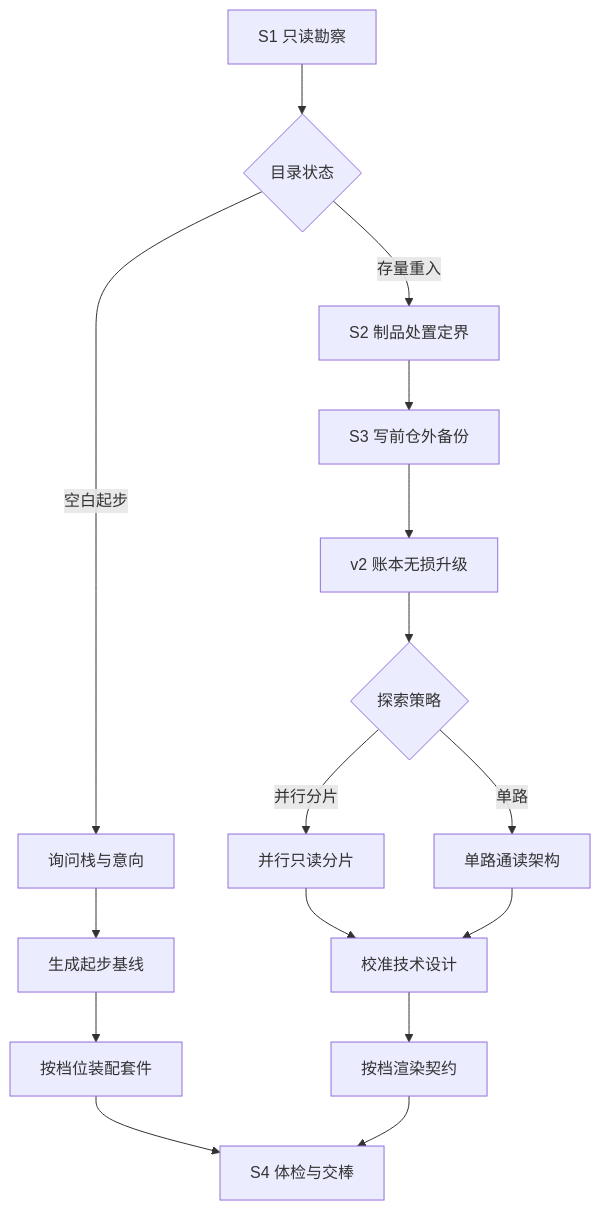
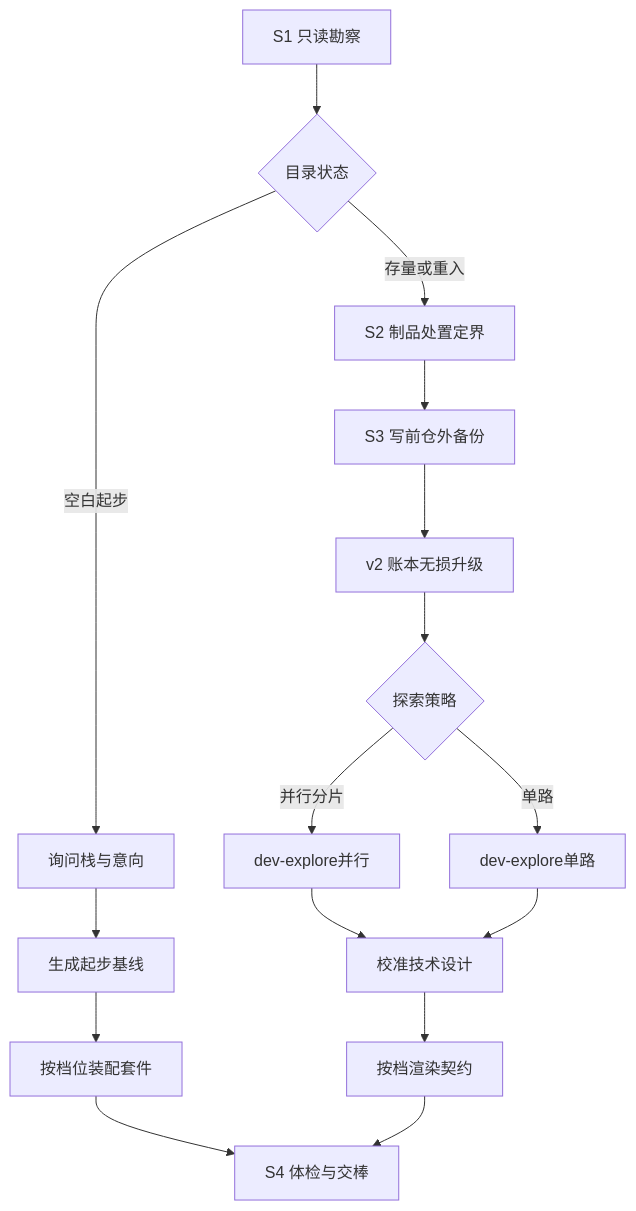
Before and after one commit to FiretrUCK666/project-forge: the second of 6 diagrams in docs/TDD.md, drawn with Mermaid. The commit also changed other lines of this file and 8 other files, not shown here.

Commit message:
优化 README 安装直链与架构图解，清理 TDD 过时版本并新增常青文档保鲜门禁

````diff
--- a/docs/TDD.md
+++ b/docs/TDD.md
@@ -178,20 +171,20 @@
 ```mermaid
 flowchart TD
   S1["S1 只读勘察"] --> Branch{"目录状态"}
   Branch -- "空白起步" --> Ask["询问栈与意向"]
   Ask --> Boot["生成起步基线"]
   Boot --> S3Kit["按档位装配套件"]
 
-  Branch -- "存量重入" --> Plan["S2 制品处置定界"]
+  Branch -- "存量或重入" --> Plan["S2 制品处置定界"]
   Plan --> Snap["S3 写前仓外备份"]
   Snap --> Equip["v2 账本无损升级"]
   Equip --> Explore{"探索策略"}
-  Explore -- "并行分片" --> Shards["并行只读分片"]
-  Explore -- "单路" --> Single["单路通读架构"]
+  Explore -- "并行分片" --> Shards["dev-explore并行"]
+  Explore -- "单路" --> Single["dev-explore单路"]
   Shards --> TDDWrite["校准技术设计"]
   Single --> TDDWrite
   TDDWrite --> Compose["按档渲染契约"]
 
   S3Kit --> S4["S4 体检与交棒"]
   Compose --> S4
 ```
````
